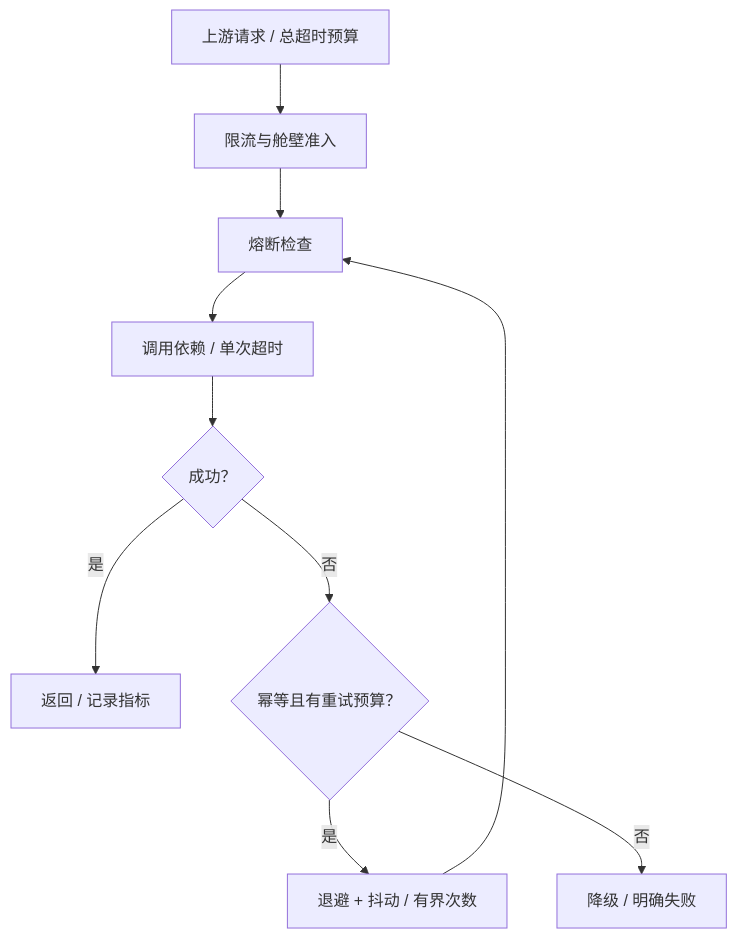
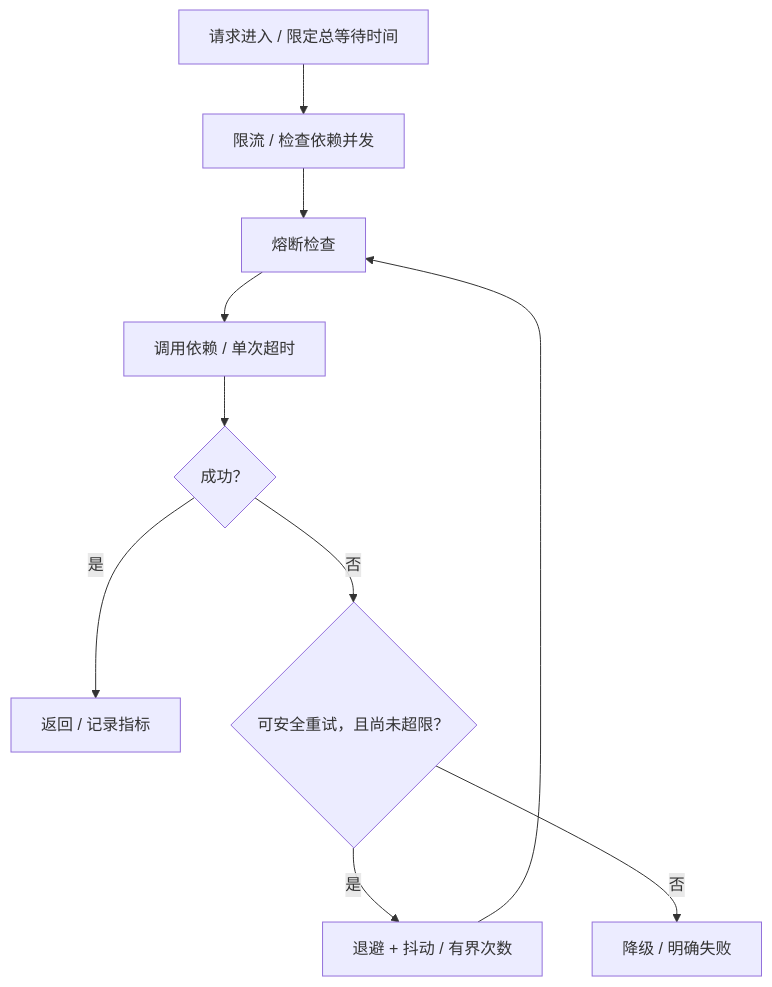
The second of 2 diagrams in docs/java-architect-interview/chapters/10.md (yisiliang/yisiliang.github.io), drawn with Mermaid before and after one commit. The commit also changed other lines of this file and 18 other files, not shown here.

````diff
--- a/docs/java-architect-interview/chapters/10.md
+++ b/docs/java-architect-interview/chapters/10.md
@@ -78,12 +93,12 @@
 ```mermaid
 flowchart TD
- A["上游请求 / 总超时预算"] --> B["限流与舱壁准入"]
+ A["请求进入 / 限定总等待时间"] --> B["限流 / 检查依赖并发"]
  B --> C["熔断检查"]
  C --> D["调用依赖 / 单次超时"]
  D --> E{"成功？"}
  E -->|是| F["返回 / 记录指标"]
- E -->|否| G{"幂等且有重试预算？"}
+ E -->|否| G{"可安全重试，且尚未超限？"}
  G -->|是| H["退避 + 抖动 / 有界次数"]
  H --> C
  G -->|否| I["降级 / 明确失败"]
 ```
````
